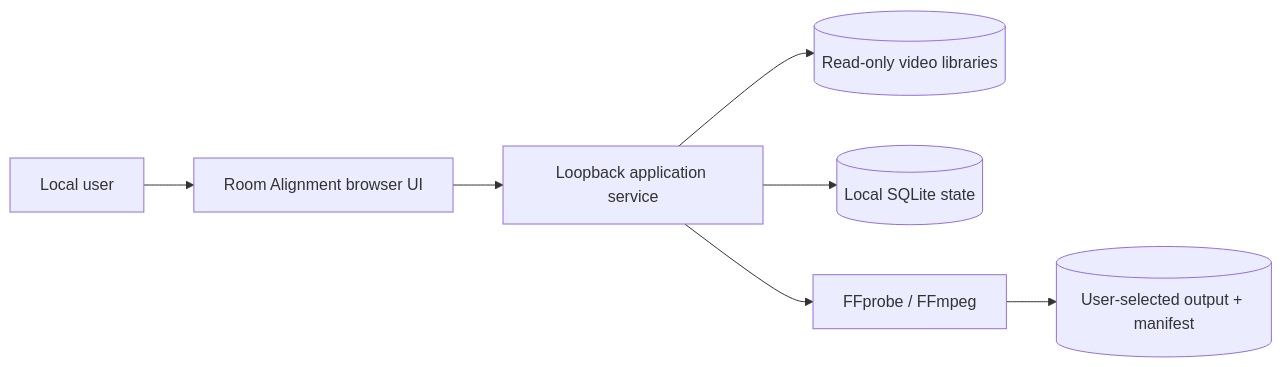
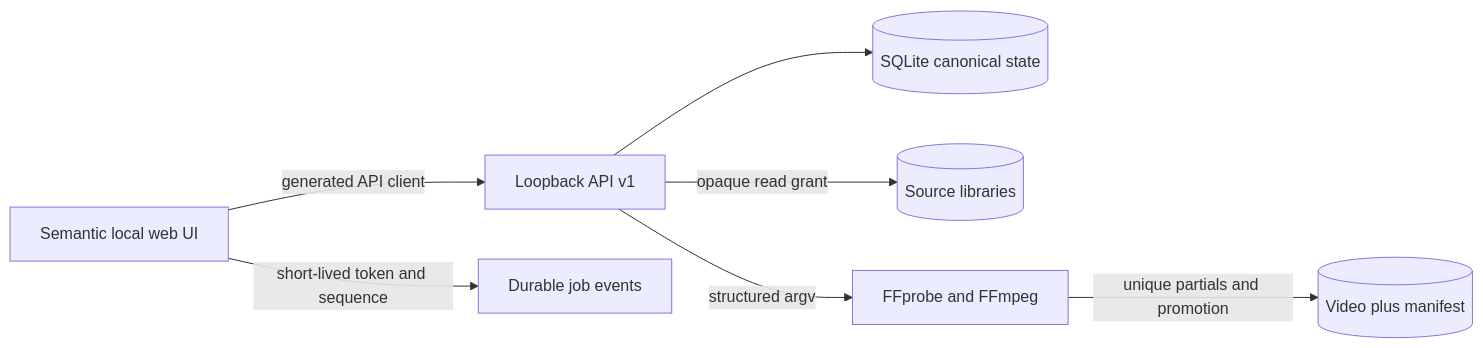
The diagram in docs/architecture.md (sealad886/room-alignment-app), drawn with Mermaid before and after one commit. The commit also changed other lines of this file and 37 other files, not shown here.

````diff
--- a/docs/architecture.md
+++ b/docs/architecture.md
@@ -5,9 +3,9 @@
 ```mermaid
 flowchart LR
-  U[Local user] --> UI[Room Alignment browser UI]
-  UI --> S[Loopback application service]
-  S --> V[(Read-only video libraries)]
-  S --> DB[(Local SQLite state)]
-  S --> FF[FFprobe / FFmpeg]
-  FF --> O[(User-selected output + manifest)]
+  UI[Semantic local web UI] -->|generated API client| API[Loopback API v1]
+  UI -->|short-lived token and sequence| SSE[Durable job events]
+  API --> DB[(SQLite canonical state)]
+  API -->|opaque read grant| SRC[(Source libraries)]
+  API -->|structured argv| MEDIA[FFprobe and FFmpeg]
+  MEDIA -->|unique partials and promotion| OUT[(Video plus manifest)]
 ```
````
